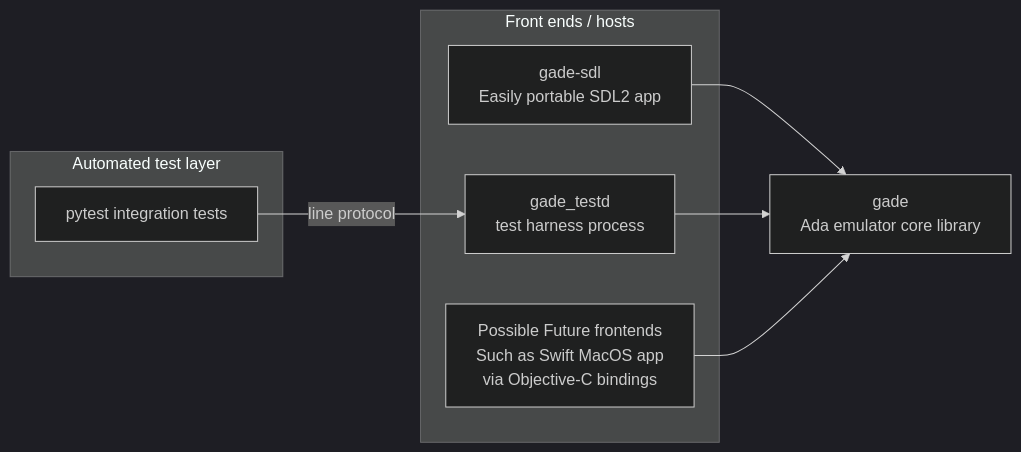
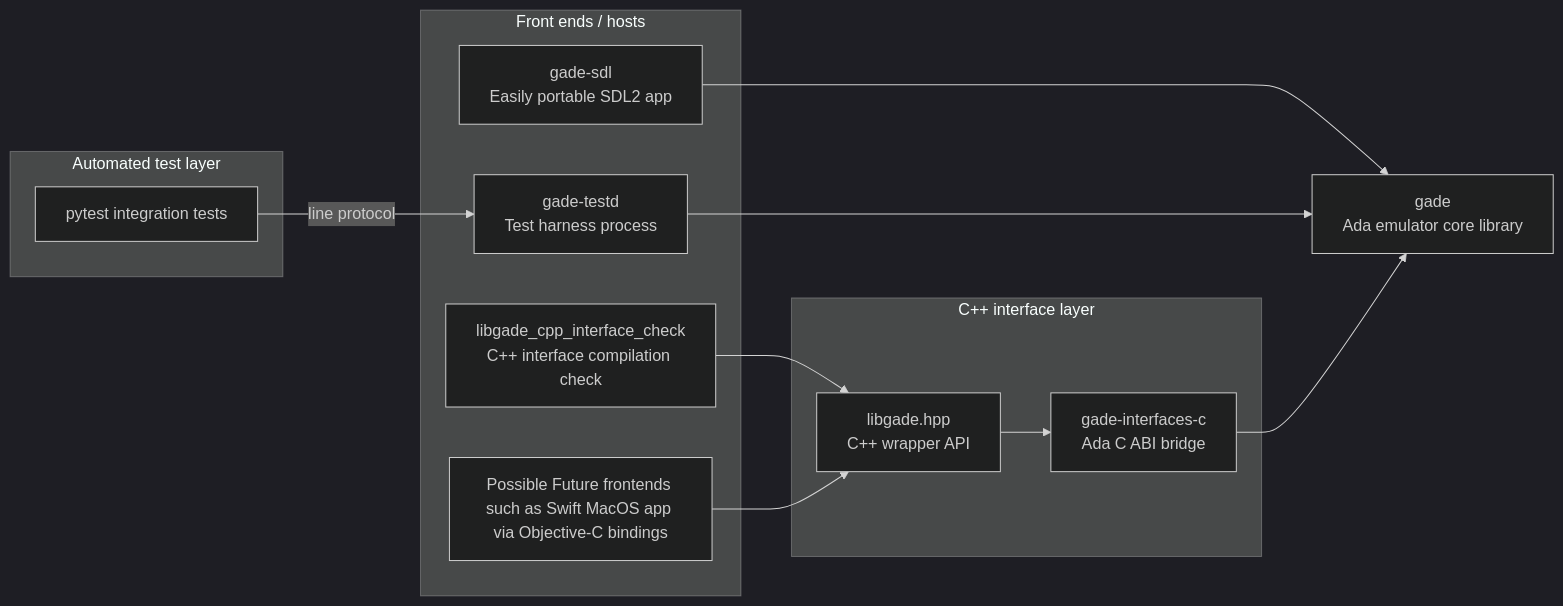
Before and after one commit to ellamosi/libgade: the diagram in README.md, drawn with Mermaid (dark theme). The commit also changed other lines of this file and 13 other files, not shown here.

````diff
--- a/README.md
+++ b/README.md
@@ -22,19 +22,28 @@
 ```mermaid
 flowchart LR
     A[gade<br/>Ada emulator core library]
 
     subgraph Frontends["Front ends / hosts"]
       B[gade-sdl<br/>Easily portable SDL2 app]
-      C[gade_testd<br/>test harness process]
-      D[Possible Future frontends<br/>Such as Swift MacOS app<br/>via Objective-C bindings]
+      C[gade-testd<br/>Test harness process]
+      D[Possible Future frontends such as Swift MacOS app via Objective-C bindings]
+      H[libgade_cpp_interface_check<br/>C++ interface compilation check]
+    end
+
+    subgraph CPP["C++ interface layer"]
+      G[gade-interfaces-c<br/>Ada C ABI bridge]
+      I[libgade.hpp<br/>C++ wrapper API]
     end
 
     subgraph Testing["Automated test layer"]
       F[pytest integration tests]
     end
 
     B --> A
     C --> A
-    D --> A
+    H --> I
+    D --> I
+    I --> G
+    G --> A
     F -->|line protocol| C
 ```
````
